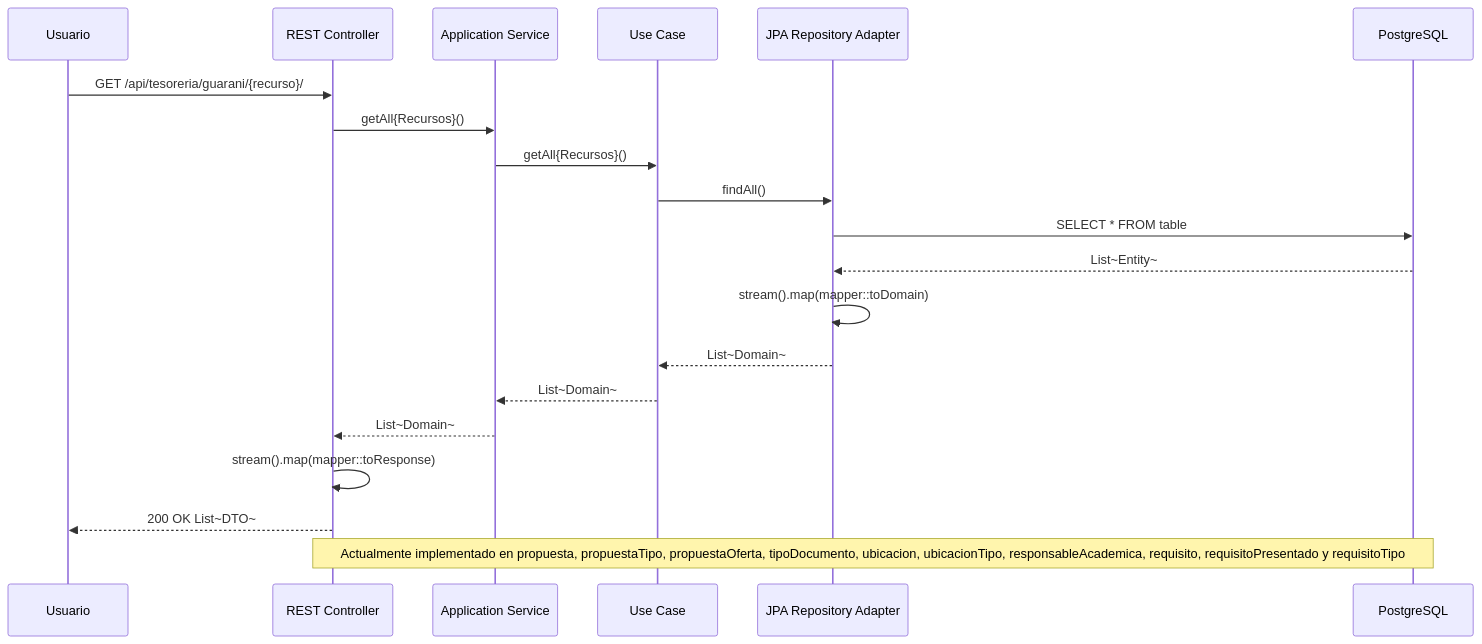
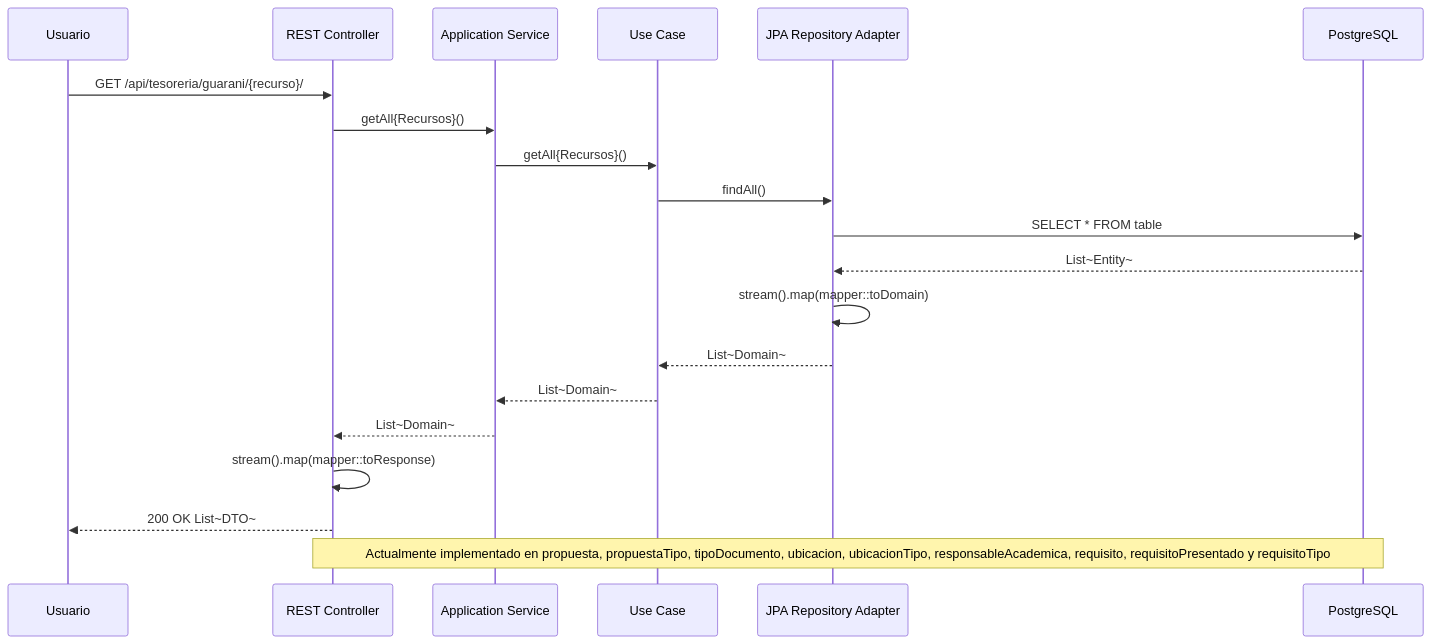
One commit to UM-services/UM.tesoreria.guarani-service changed the fifth of 9 diagrams in README.md. Above: the diagram before and after it, drawn with Mermaid. The commit also changed other lines of this file and 5 other files, not shown here.

````diff
--- a/README.md
+++ b/README.md
@@ -110,23 +110,23 @@
 ```mermaid
 sequenceDiagram
     participant User as Usuario
     participant REST as REST Controller
     participant Service as Application Service
     participant UseCase as Use Case
     participant JPA as JPA Repository Adapter
     participant DB as PostgreSQL
 
     User->>REST: GET /api/tesoreria/guarani/{recurso}/
     REST->>Service: getAll{Recursos}()
     Service->>UseCase: getAll{Recursos}()
     UseCase->>JPA: findAll()
     JPA->>DB: SELECT * FROM table
     DB-->>JPA: List~Entity~
     JPA->>JPA: stream().map(mapper::toDomain)
     JPA-->>UseCase: List~Domain~
     UseCase-->>Service: List~Domain~
     Service-->>REST: List~Domain~
     REST->>REST: stream().map(mapper::toResponse)
     REST-->>User: 200 OK List~DTO~
-    Note over REST,DB: Actualmente implementado en propuesta, propuestaTipo, propuestaOferta, tipoDocumento, ubicacion, ubicacionTipo, responsableAcademica, requisito, requisitoPresentado y requisitoTipo
+    Note over REST,DB: Actualmente implementado en propuesta, propuestaTipo, tipoDocumento, ubicacion, ubicacionTipo, responsableAcademica, requisito, requisitoPresentado y requisitoTipo
 ```
````
